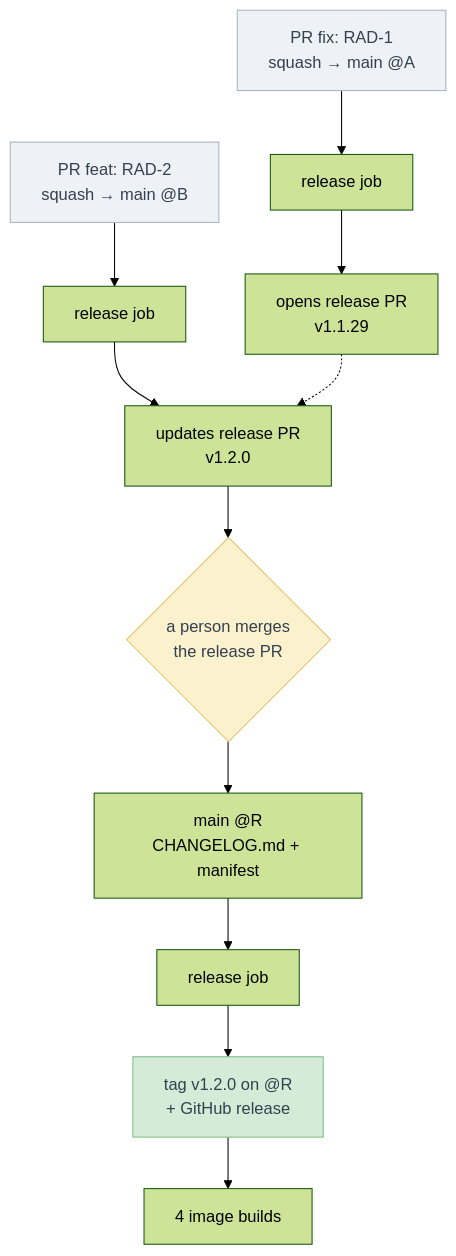
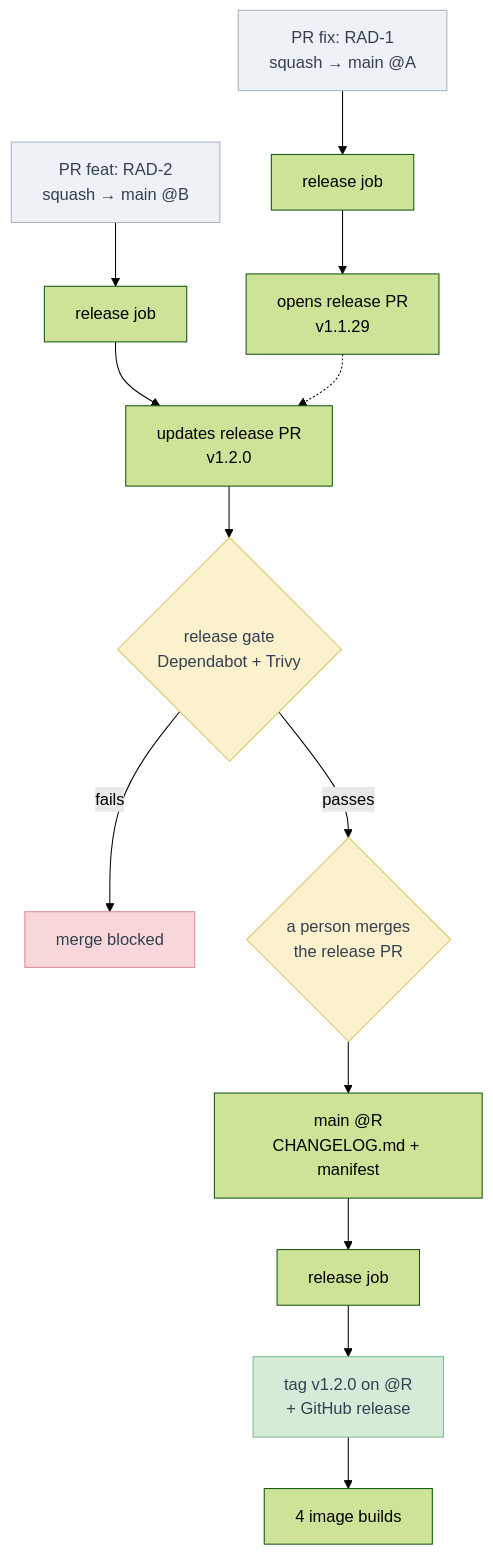
The first of 2 diagrams in docs/features/RAD-184-etl-release-conventional-commits.md (radiant-network/radiant-hub), drawn with Mermaid (forest theme) before and after one commit. The commit also changed other lines of this file, not shown here.

Commit message:
feat: rad-169 add release gate

````diff
--- a/docs/features/RAD-184-etl-release-conventional-commits.md
+++ b/docs/features/RAD-184-etl-release-conventional-commits.md
@@ -126,17 +135,21 @@
 ```mermaid
 flowchart TD
     A["PR fix: RAD-1<br/>squash → main @A"] --> JA["release job"]
     JA --> P1["opens release PR<br/>v1.1.29"]
     B["PR feat: RAD-2<br/>squash → main @B"] --> JB["release job"]
     JB --> P2["updates release PR<br/>v1.2.0"]
     P1 -.-> P2
-    P2 --> M{"a person merges<br/>the release PR"}
+    P2 --> G{"release gate<br/>Dependabot + Trivy"}
+    G -- "fails" --> X["merge blocked"]
+    G -- "passes" --> M{"a person merges<br/>the release PR"}
     M --> R["main @R<br/>CHANGELOG.md + manifest"]
     R --> JR["release job"]
     JR --> T["tag v1.2.0 on @R<br/>+ GitHub release"]
     T --> I["4 image builds"]
     style A fill:#eef1f5,stroke:#aab3c0,color:#33404f
     style B fill:#eef1f5,stroke:#aab3c0,color:#33404f
+    style G fill:#fbf1cd,stroke:#ddc46a,color:#33404f
+    style X fill:#f8d7da,stroke:#d98a91,color:#33404f
     style M fill:#fbf1cd,stroke:#ddc46a,color:#33404f
     style T fill:#d4ecd7,stroke:#7cb98a,color:#33404f
 ```
````
